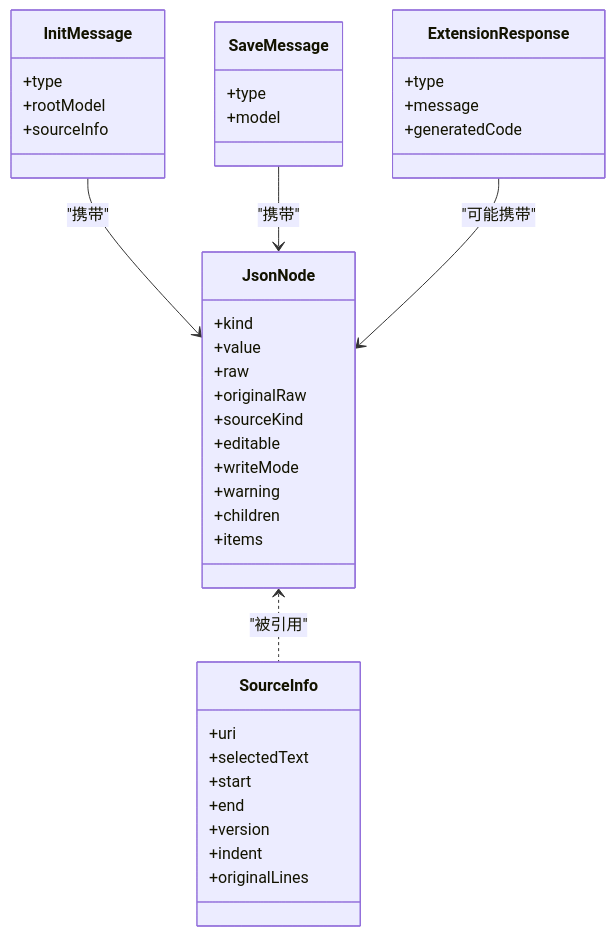
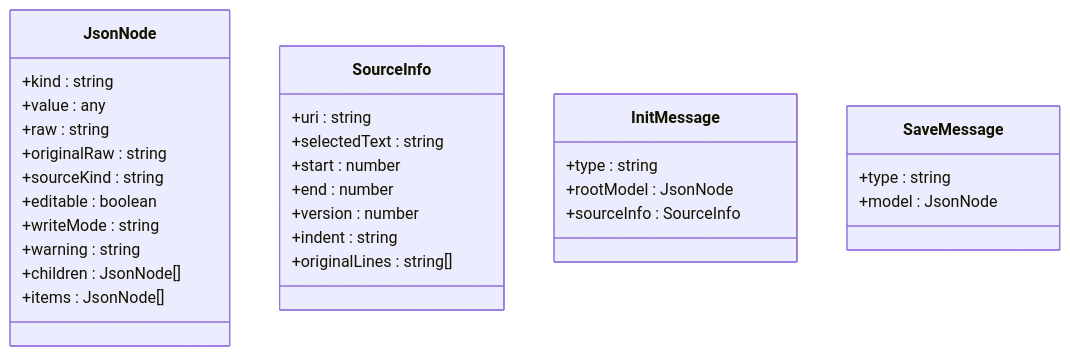
The fourth of 6 diagrams in .qoder/repowiki/zh/content/开发者指南/构建和部署.md (meiok1/wysjson), drawn with Mermaid before and after one commit. The commit also changed other lines of this file and 45 other files, not shown here.

````diff
--- a/.qoder/repowiki/zh/content/开发者指南/构建和部署.md
+++ b/.qoder/repowiki/zh/content/开发者指南/构建和部署.md
@@ -184,42 +223,33 @@
 ```mermaid
 classDiagram
 class JsonNode {
-+kind
-+value
-+raw
-+originalRaw
-+sourceKind
-+editable
-+writeMode
-+warning
-+children
-+items
++kind : string
++value : any
++raw : string
++originalRaw : string
++sourceKind : string
++editable : boolean
++writeMode : string
++warning : string
++children : JsonNode[]
++items : JsonNode[]
 }
 class SourceInfo {
-+uri
-+selectedText
-+start
-+end
-+version
-+indent
-+originalLines
++uri : string
++selectedText : string
++start : number
++end : number
++version : number
++indent : string
++originalLines : string[]
 }
 class InitMessage {
-+type
-+rootModel
-+sourceInfo
++type : string
++rootModel : JsonNode
++sourceInfo : SourceInfo
 }
 class SaveMessage {
-+type
-+model
++type : string
++model : JsonNode
 }
-class ExtensionResponse {
-+type
-+message
-+generatedCode
-}
-JsonNode <.. SourceInfo : "被引用"
-InitMessage --> JsonNode : "携带"
-SaveMessage --> JsonNode : "携带"
-ExtensionResponse --> JsonNode : "可能携带"
 ```
````
